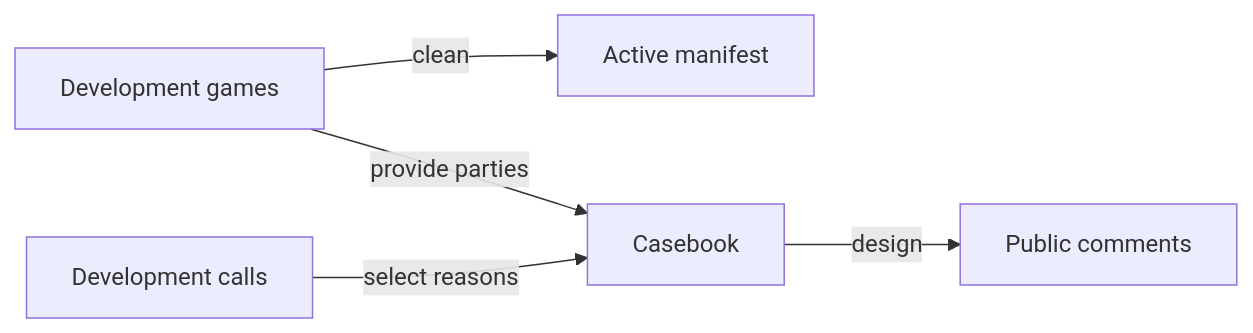
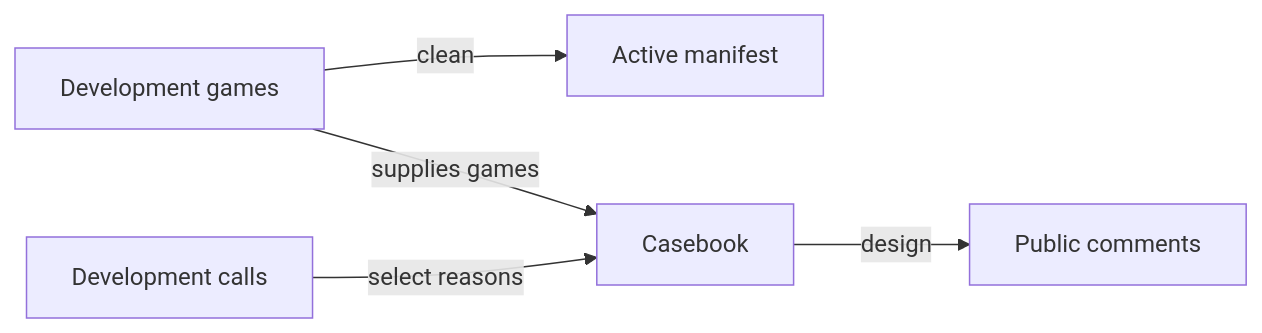
One commit to crististefanita/atf_j4 changed the diagram in docs/learning/ATF_Selection.md. Above: the diagram before and after it, drawn with Mermaid. The commit also changed other lines of this file and 126 other files, not shown here.

````diff
--- a/docs/learning/ATF_Selection.md
+++ b/docs/learning/ATF_Selection.md
@@ -17,7 +17,7 @@
 ```mermaid
 flowchart LR
     ARCH[Development games] -->|clean| ACTIVE[Active manifest]
     RUN[Development calls] -->|select reasons| CASE[Casebook]
-    ARCH -->|provide parties| CASE
+    ARCH -->|supplies games| CASE
     CASE -->|design| OBS[Public comments]
 ```
````
